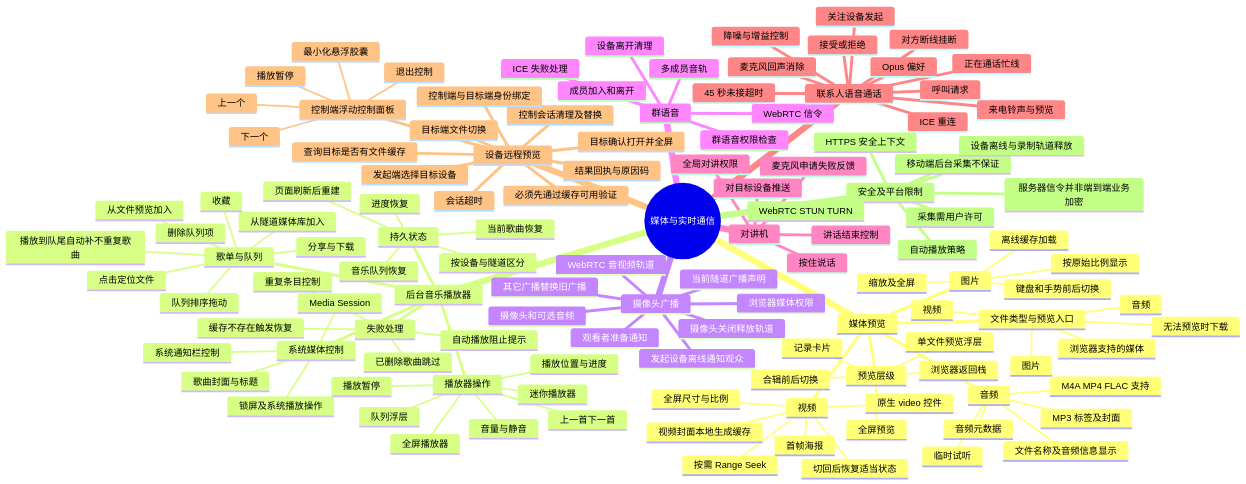
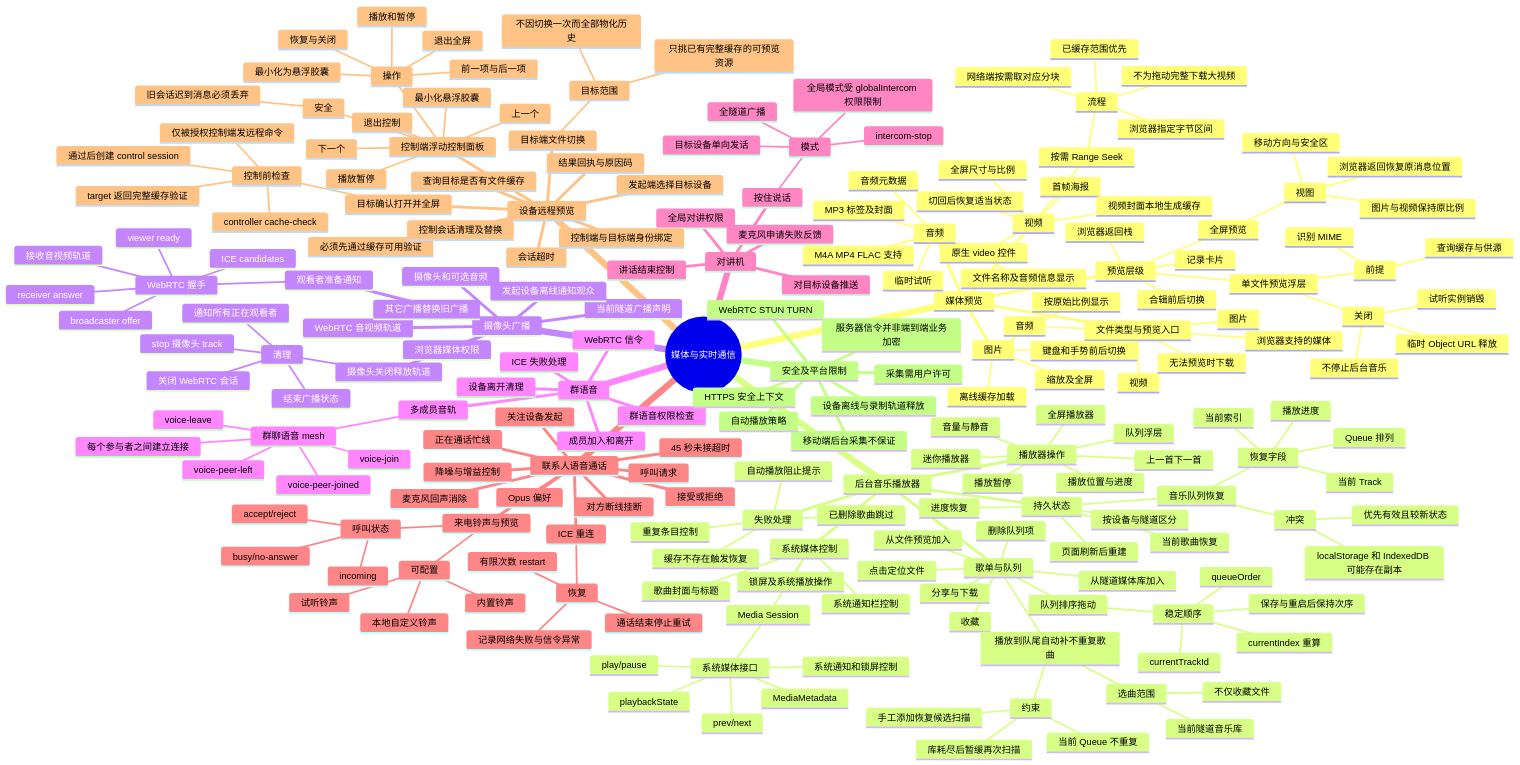
The diagram in docs/overview/feature-mindmaps/03-media-preview-realtime.md (Ltre/file-tunnel), drawn with Mermaid before and after one commit. The commit also changed 3 other files, not shown here.

Commit message:
docs: deeply expand mindmaps 01-04 with protocols states and failure boundaries

```diff
--- a/docs/overview/feature-mindmaps/03-media-preview-realtime.md
+++ b/docs/overview/feature-mindmaps/03-media-preview-realtime.md
@@ -20,7 +20,18 @@
       预览层级
         记录卡片
         单文件预览浮层
+          前提
+            识别 MIME
+            查询缓存与供源
+          关闭
+            临时 Object URL 释放
+            试听实例销毁
+            不停止后台音乐
         全屏预览
+          视图
+            图片与视频保持原比例
+            移动方向与安全区
+            浏览器返回恢复原消息位置
         合辑前后切换
         浏览器返回栈
       图片
@@ -33,6 +44,11 @@
         首帧海报
         视频封面本地生成缓存
         按需 Range Seek
+          流程
+            浏览器指定字节区间
+            已缓存范围优先
+            网络端按需取对应分块
+            不为拖动完整下载大视频
         切回后恢复适当状态
         全屏尺寸与比例
       音频
@@ -46,11 +62,23 @@
         从文件预览加入
         从隧道媒体库加入
         队列排序拖动
+          稳定顺序
+            currentTrackId
+            queueOrder
+            currentIndex 重算
+            保存与重启后保持次序
         删除队列项
         收藏
         点击定位文件
         分享与下载
         播放到队尾自动补不重复歌曲
+          选曲范围
+            当前隧道音乐库
+            不仅收藏文件
+          约束
+            当前 Queue 不重复
+            库耗尽后暂缓再次扫描
+            手工添加恢复候选扫描
       播放器操作
         播放暂停
         上一首下一首
@@ -62,11 +90,25 @@
       持久状态
         按设备与隧道区分
         音乐队列恢复
+          恢复字段
+            当前 Track
+            播放进度
+            Queue 排列
+            当前索引
+          冲突
+            localStorage 和 IndexedDB 可能存在副本
+            优先有效且较新状态
         当前歌曲恢复
         进度恢复
         页面刷新后重建
       系统媒体控制
         Media Session
+          系统媒体接口
+            MediaMetadata
+            playbackState
+            play/pause
+            prev/next
+            系统通知和锁屏控制
         系统通知栏控制
         歌曲封面与标题
         锁屏及系统播放操作
@@ -80,20 +122,42 @@
       摄像头和可选音频
       当前隧道广播声明
       观看者准备通知
+        WebRTC 握手
+          viewer ready
+          broadcaster offer
+          receiver answer
+          ICE candidates
+          接收音视频轨道
       WebRTC 音视频轨道
       摄像头关闭释放轨道
+        清理
+          stop 摄像头 track
+          结束广播状态
+          关闭 WebRTC 会话
+          通知所有正在观看者
       其它广播替换旧广播
       发起设备离线通知观众
     群语音
       成员加入和离开
       群语音权限检查
       多成员音轨
+        群聊语音 mesh
+          voice-join
+          voice-leave
+          voice-peer-joined
+          voice-peer-left
+          每个参与者之间建立连接
       WebRTC 信令
       ICE 失败处理
       设备离开清理
     对讲机
       全局对讲权限
       按住说话
+        模式
+          目标设备单向发话
+          全隧道广播
+          intercom-stop
+          全局模式受 globalIntercom 权限限制
       对目标设备推送
       讲话结束控制
       麦克风申请失败反馈
@@ -101,6 +165,14 @@
       关注设备发起
       呼叫请求
       来电铃声与预览
+        可配置
+          内置铃声
+          本地自定义铃声
+          试听铃声
+        呼叫状态
+          incoming
+          accept/reject
+          busy/no-answer
       接受或拒绝
       45 秒未接超时
       正在通话忙线
@@ -108,19 +180,39 @@
       降噪与增益控制
       Opus 偏好
       ICE 重连
+        恢复
+          有限次数 restart
+          通话结束停止重试
+          记录网络失败与信令异常
       对方断线挂断
     设备远程预览
       发起端选择目标设备
       查询目标是否有文件缓存
       必须先通过缓存可用验证
       目标确认打开并全屏
+        控制前检查
+          controller cache-check
+          target 返回完整缓存验证
+          通过后创建 control session
+          仅被授权控制端发远程命令
       控制端浮动控制面板
+        操作
+          前一项与后一项
+          播放和暂停
+          退出全屏
+          最小化为悬浮胶囊
+          恢复与关闭
+        安全
+          旧会话迟到消息必须丢弃
         最小化悬浮胶囊
         上一个
         下一个
         播放暂停
         退出控制
       目标端文件切换
+        目标范围
+          只挑已有完整缓存的可预览资源
+          不因切换一次而全部物化历史
       结果回执与原因码
       控制会话清理及替换
       会话超时
```
